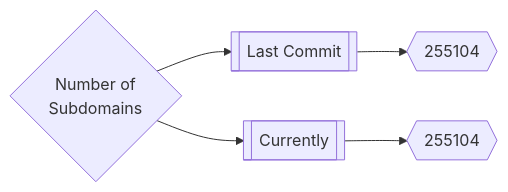
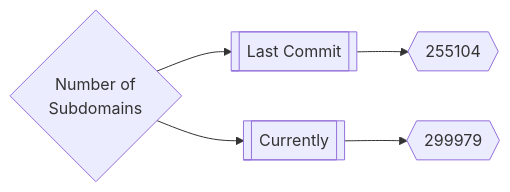
The first of 3 diagrams in README.md (trickest/inventory), drawn with Mermaid before and after one commit. The commit also changed other lines of this file and 127 other files, not shown here.

````diff
--- a/README.md
+++ b/README.md
@@ -165,5 +165,5 @@
 ```mermaid
 graph LR
 title{Number of<br>Subdomains} --> subdomainsDate1[[Last Commit]] --> subdomainsNum1{{255104}}
-title --> subdomainsDate2[[Currently]] --> subdomainsNum2{{255104}}
+title --> subdomainsDate2[[Currently]] --> subdomainsNum2{{299979}}
 ```
````
